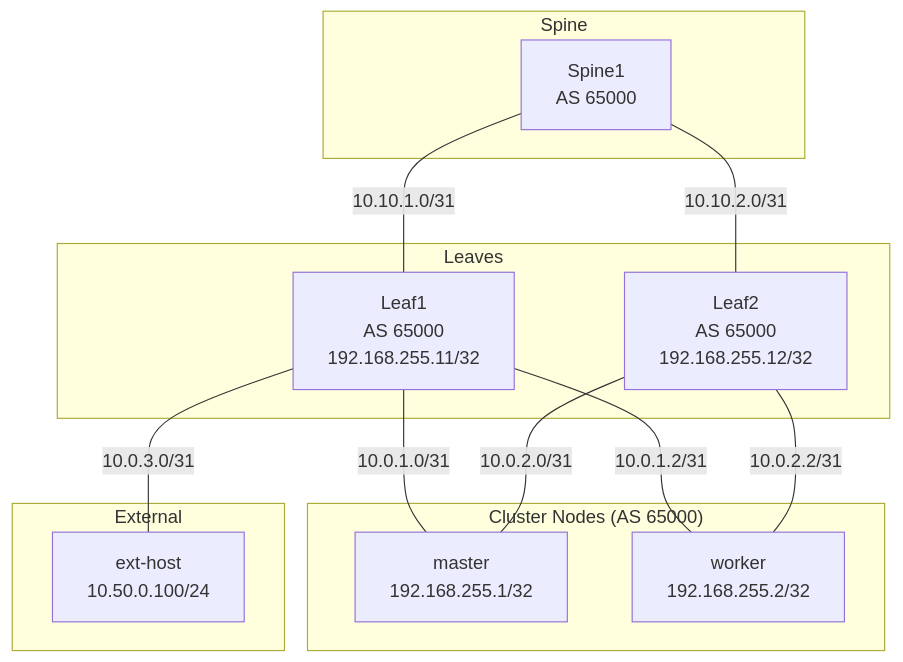
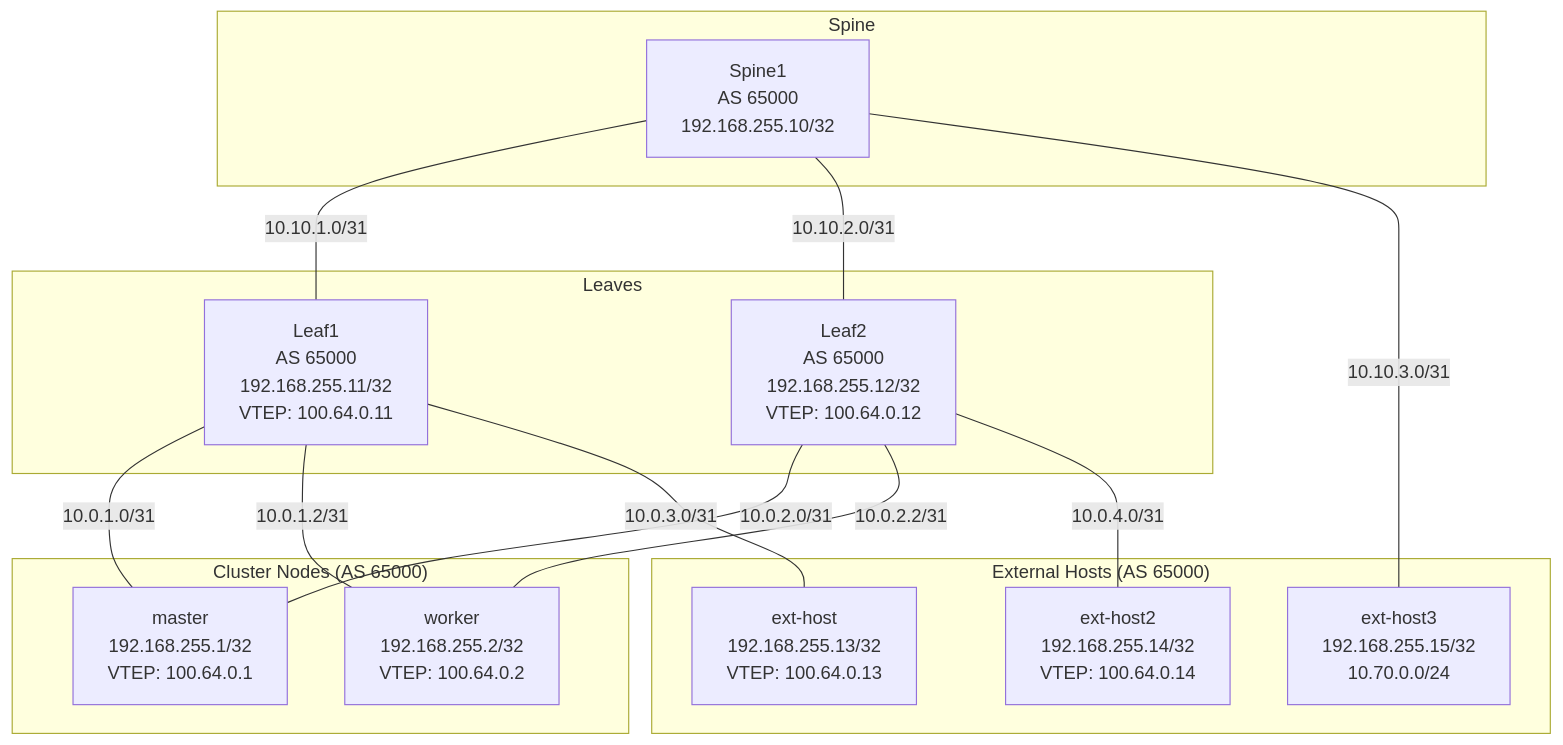
The first of 2 diagrams in docs/labs/04-bgp-evpn/index.md (dave-tucker/hands-on-labs), drawn with Mermaid before and after one commit. The commit also changed other lines of this file and 18 other files, not shown here.

````diff
--- a/docs/labs/04-bgp-evpn/index.md
+++ b/docs/labs/04-bgp-evpn/index.md
@@ -13,30 +16,34 @@
 ```mermaid
 graph TB
     subgraph Spine
-        S1[Spine1<br/>AS 65000]
+        S1[Spine1<br/>AS 65000<br/>192.168.255.10/32]
     end
     
     subgraph Leaves
-        L1[Leaf1<br/>AS 65000<br/>192.168.255.11/32]
-        L2[Leaf2<br/>AS 65000<br/>192.168.255.12/32]
+        L1[Leaf1<br/>AS 65000<br/>192.168.255.11/32<br/>VTEP: 100.64.0.11]
+        L2[Leaf2<br/>AS 65000<br/>192.168.255.12/32<br/>VTEP: 100.64.0.12]
     end
     
     subgraph Cluster["Cluster Nodes (AS 65000)"]
-        M[master<br/>192.168.255.1/32]
-        W[worker<br/>192.168.255.2/32]
+        M[master<br/>192.168.255.1/32<br/>VTEP: 100.64.0.1]
+        W[worker<br/>192.168.255.2/32<br/>VTEP: 100.64.0.2]
     end
     
-    subgraph External
-        EH[ext-host<br/>10.50.0.100/24]
+    subgraph External["External Hosts (AS 65000)"]
+        EH[ext-host<br/>192.168.255.13/32<br/>VTEP: 100.64.0.13]
+        EH2[ext-host2<br/>192.168.255.14/32<br/>VTEP: 100.64.0.14]
+        EH3[ext-host3<br/>192.168.255.15/32<br/>10.70.0.0/24]
     end
     
     S1 ---|10.10.1.0/31| L1
     S1 ---|10.10.2.0/31| L2
+    S1 ---|10.10.3.0/31| EH3
     
     L1 ---|10.0.1.0/31| M
     L1 ---|10.0.1.2/31| W
     L1 ---|10.0.3.0/31| EH
     
     L2 ---|10.0.2.0/31| M
     L2 ---|10.0.2.2/31| W
+    L2 ---|10.0.4.0/31| EH2
 ```
````
